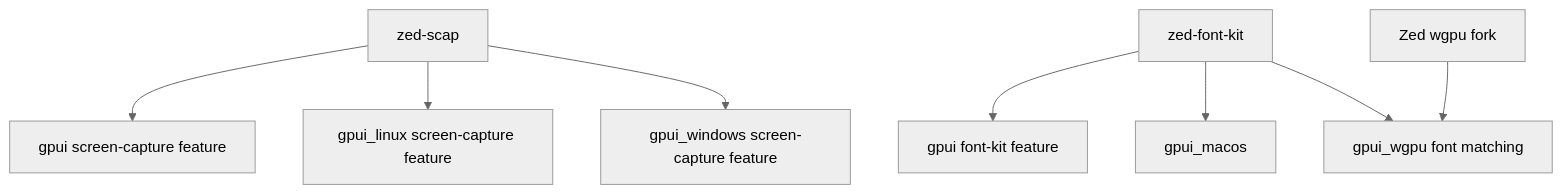
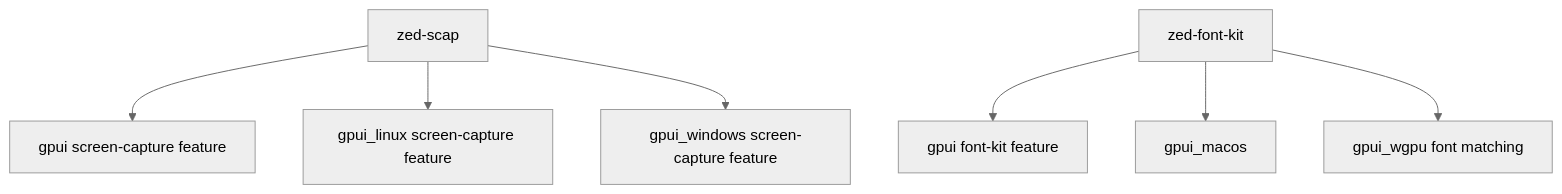
One commit to Latias94/open-gpui changed the diagram in docs/imports/zed-fork-dependency-audit.md. Above: the diagram before and after it, drawn with Mermaid (neutral theme). The commit also changed other lines of this file and 2 other files, not shown here.

First line of the commit message:
build(wgpu): use crates.io wgpu

````diff
--- a/docs/imports/zed-fork-dependency-audit.md
+++ b/docs/imports/zed-fork-dependency-audit.md
@@ -19,10 +19,9 @@
 ```mermaid
 flowchart TD
     Scap[zed-scap] --> Gpui[gpui screen-capture feature]
     Scap --> GpuiLinux[gpui_linux screen-capture feature]
     Scap --> GpuiWindows[gpui_windows screen-capture feature]
     FontKit[zed-font-kit] --> GpuiFont[gpui font-kit feature]
     FontKit --> GpuiMacos[gpui_macos]
     FontKit --> GpuiWgpu[gpui_wgpu font matching]
-    Wgpu[Zed wgpu fork] --> GpuiWgpu
 ```
````
